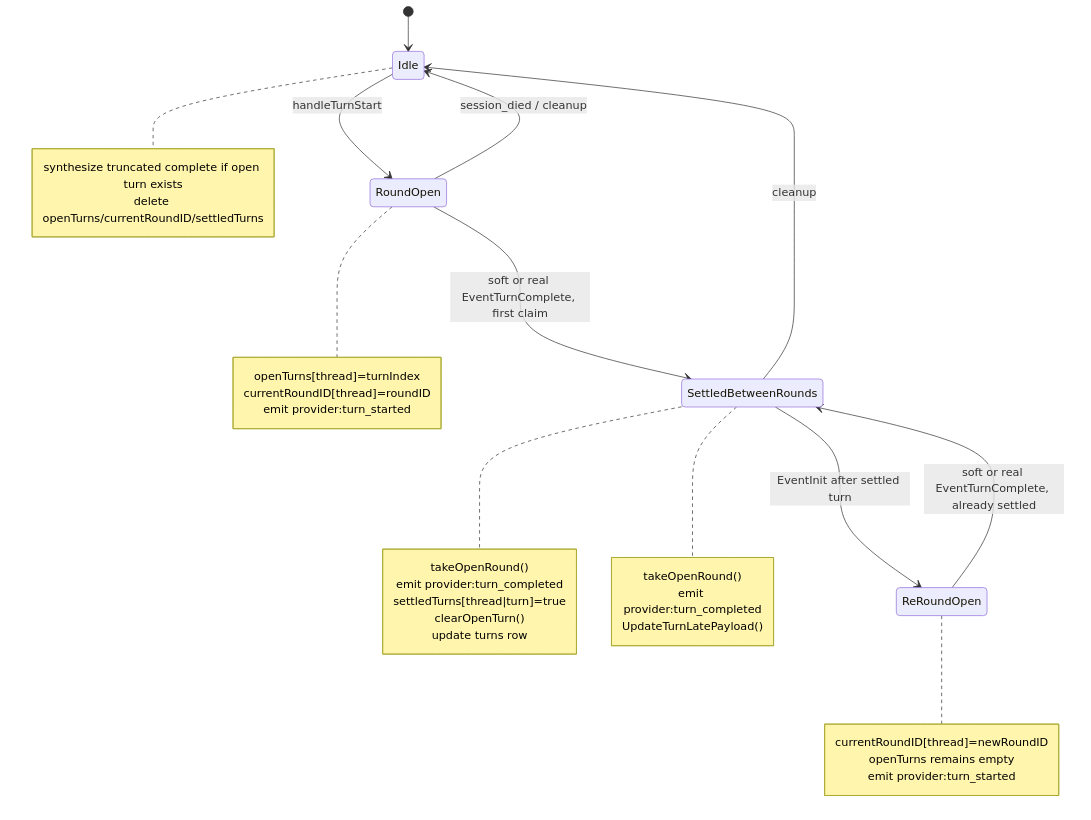
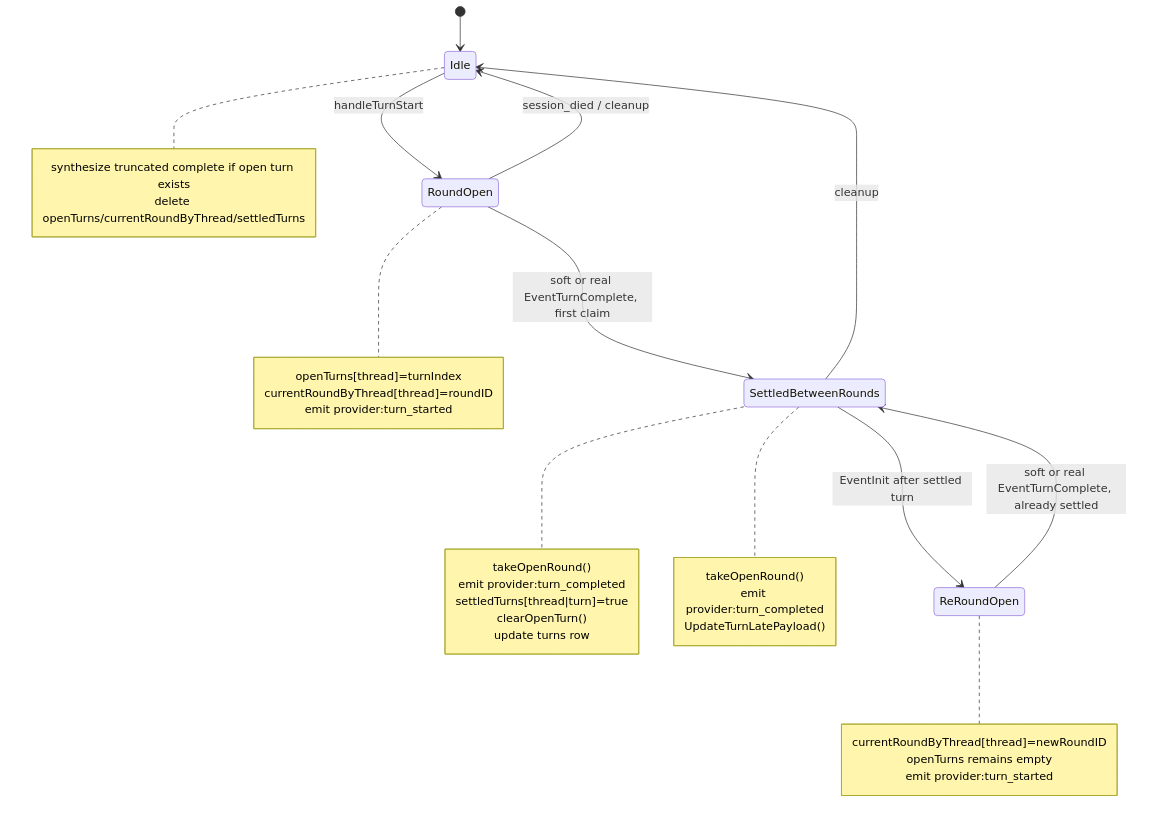
Before and after one commit to randalmurphal/agent-overflow: the diagram in docs/architecture/turn-lifecycle.md, drawn with Mermaid. The commit also changed other lines of this file and 43 other files, not shown here.

````diff
--- a/docs/architecture/turn-lifecycle.md
+++ b/docs/architecture/turn-lifecycle.md
@@ -329,42 +329,42 @@
 ```mermaid
 stateDiagram-v2
     [*] --> Idle
 
     Idle --> RoundOpen: handleTurnStart
     note right of RoundOpen
       openTurns[thread]=turnIndex
-      currentRoundID[thread]=roundID
+      currentRoundByThread[thread]=roundID
       emit provider:turn_started
     end note
 
     RoundOpen --> SettledBetweenRounds: soft or real EventTurnComplete, first claim
     note right of SettledBetweenRounds
       takeOpenRound()
       emit provider:turn_completed
       settledTurns[thread|turn]=true
       clearOpenTurn()
       update turns row
     end note
 
     SettledBetweenRounds --> ReRoundOpen: EventInit after settled turn
     note right of ReRoundOpen
-      currentRoundID[thread]=newRoundID
+      currentRoundByThread[thread]=newRoundID
       openTurns remains empty
       emit provider:turn_started
     end note
 
     ReRoundOpen --> SettledBetweenRounds: soft or real EventTurnComplete, already settled
     note right of SettledBetweenRounds
       takeOpenRound()
       emit provider:turn_completed
       UpdateTurnLatePayload()
     end note
 
     RoundOpen --> Idle: session_died / cleanup
     note right of Idle
       synthesize truncated complete if open turn exists
-      delete openTurns/currentRoundID/settledTurns
+      delete openTurns/currentRoundByThread/settledTurns
     end note
 
     SettledBetweenRounds --> Idle: cleanup
 ```
````
